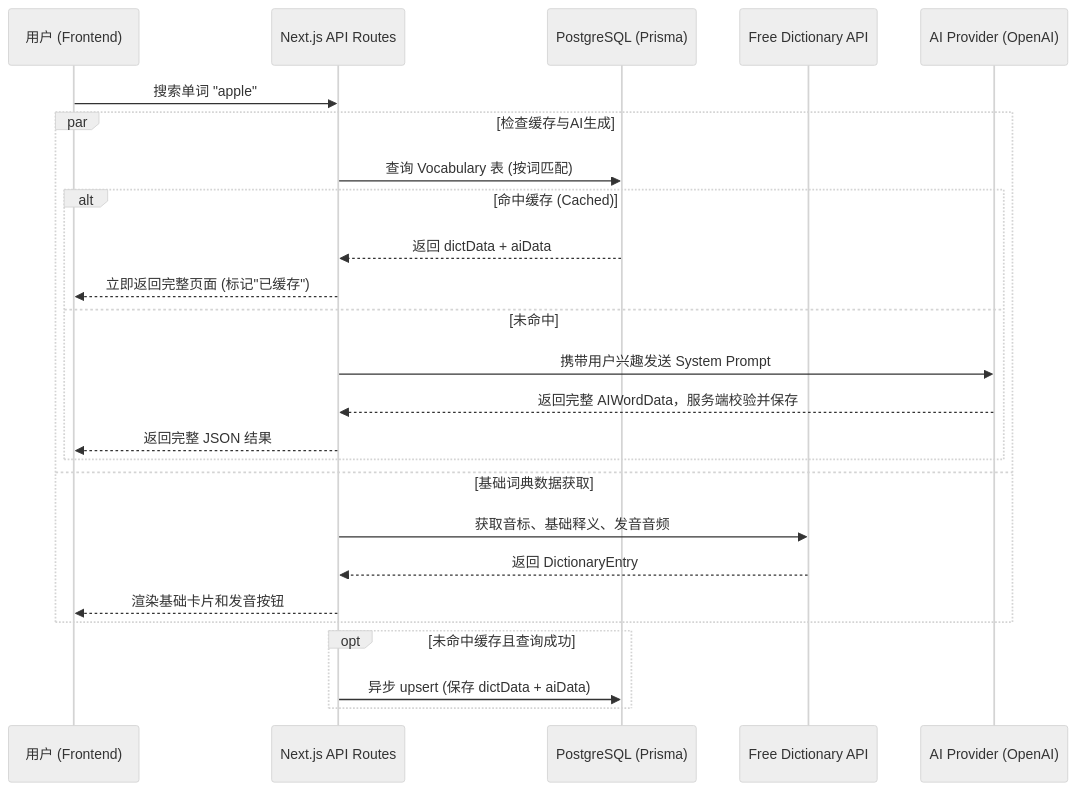
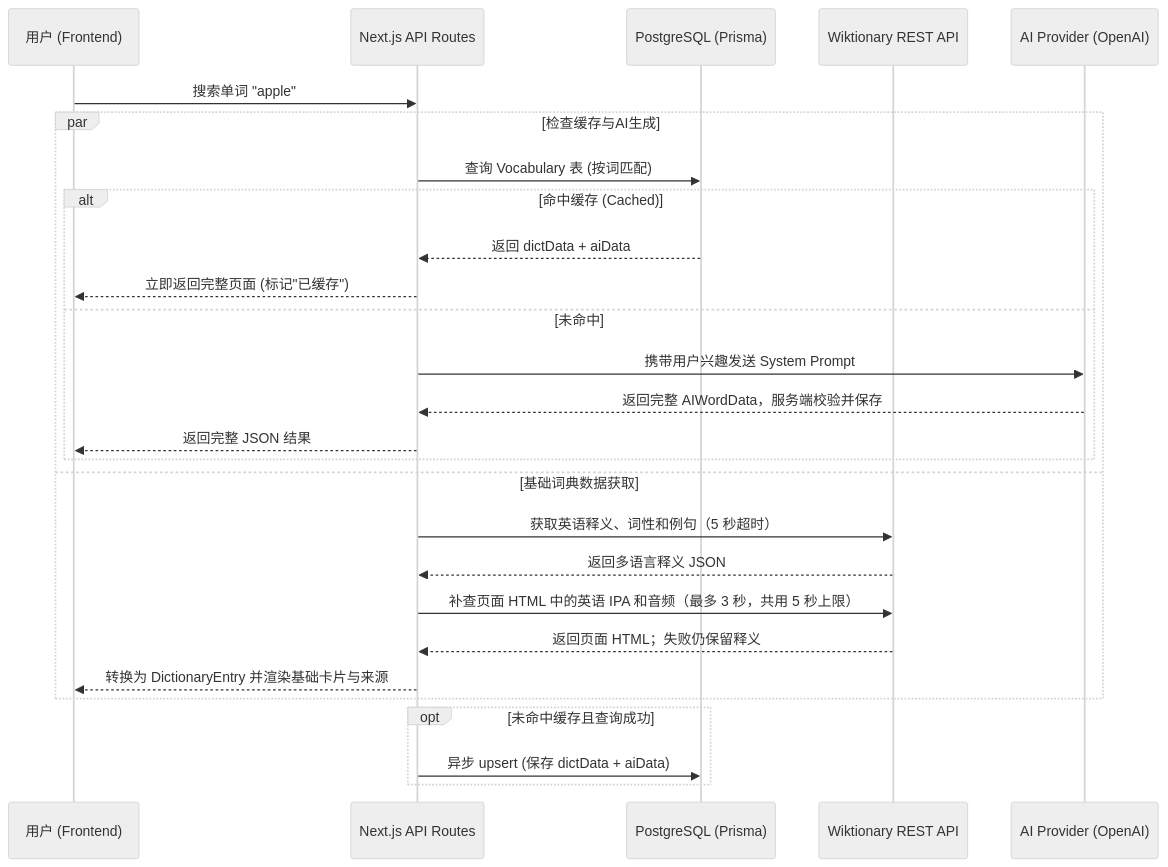
Before and after one commit to Wang-Jierui/ai_dictionary: the first of 2 diagrams in ARCHITECTURE.md, drawn with Mermaid (neutral theme). The commit also changed other lines of this file and 20 other files, not shown here.

Commit message:
[verified] feat: migrate dictionary lookup to Wiktionary with pronunciation and timeout handling

````diff
--- a/ARCHITECTURE.md
+++ b/ARCHITECTURE.md
@@ -31,32 +31,34 @@
 ```mermaid
 sequenceDiagram
     participant User as 用户 (Frontend)
     participant API as Next.js API Routes
     participant DB as PostgreSQL (Prisma)
-    participant FreeDict as Free Dictionary API
+    participant Wiktionary as Wiktionary REST API
     participant LLM as AI Provider (OpenAI)
 
     User->>API: 搜索单词 "apple"
     
     %% 并发处理开始
     par 检查缓存与AI生成
         API->>DB: 查询 Vocabulary 表 (按词匹配)
         alt 命中缓存 (Cached)
             DB-->>API: 返回 dictData + aiData
             API-->>User: 立即返回完整页面 (标记"已缓存")
         else 未命中
             API->>LLM: 携带用户兴趣发送 System Prompt
             LLM-->>API: 返回完整 AIWordData，服务端校验并保存
             API-->>User: 返回完整 JSON 结果
         end
     and 基础词典数据获取
-        API->>FreeDict: 获取音标、基础释义、发音音频
-        FreeDict-->>API: 返回 DictionaryEntry
-        API-->>User: 渲染基础卡片和发音按钮
+        API->>Wiktionary: 获取英语释义、词性和例句（5 秒超时）
+        Wiktionary-->>API: 返回多语言释义 JSON
+        API->>Wiktionary: 补查页面 HTML 中的英语 IPA 和音频（最多 3 秒，共用 5 秒上限）
+        Wiktionary-->>API: 返回页面 HTML；失败仍保留释义
+        API-->>User: 转换为 DictionaryEntry 并渲染基础卡片与来源
     end
     
     %% 自动保存
     opt 未命中缓存且查询成功
         API->>DB: 异步 upsert (保存 dictData + aiData)
     end
 ```
````
